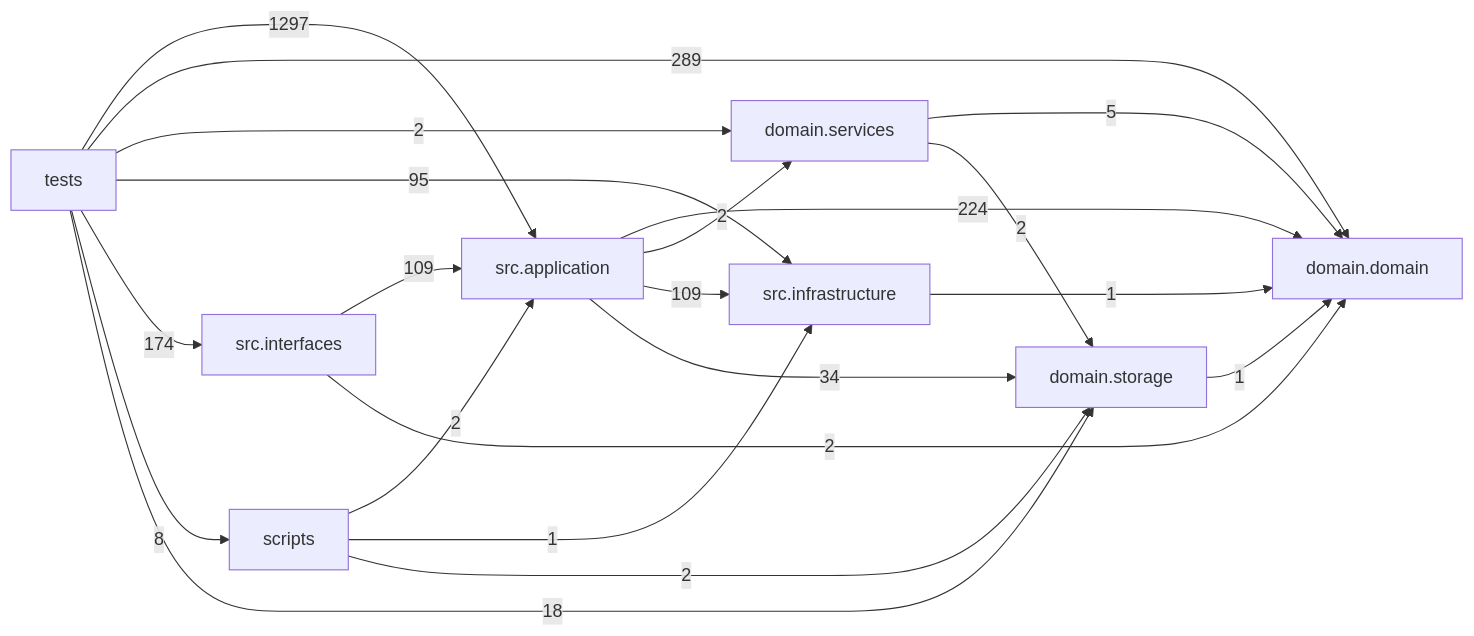
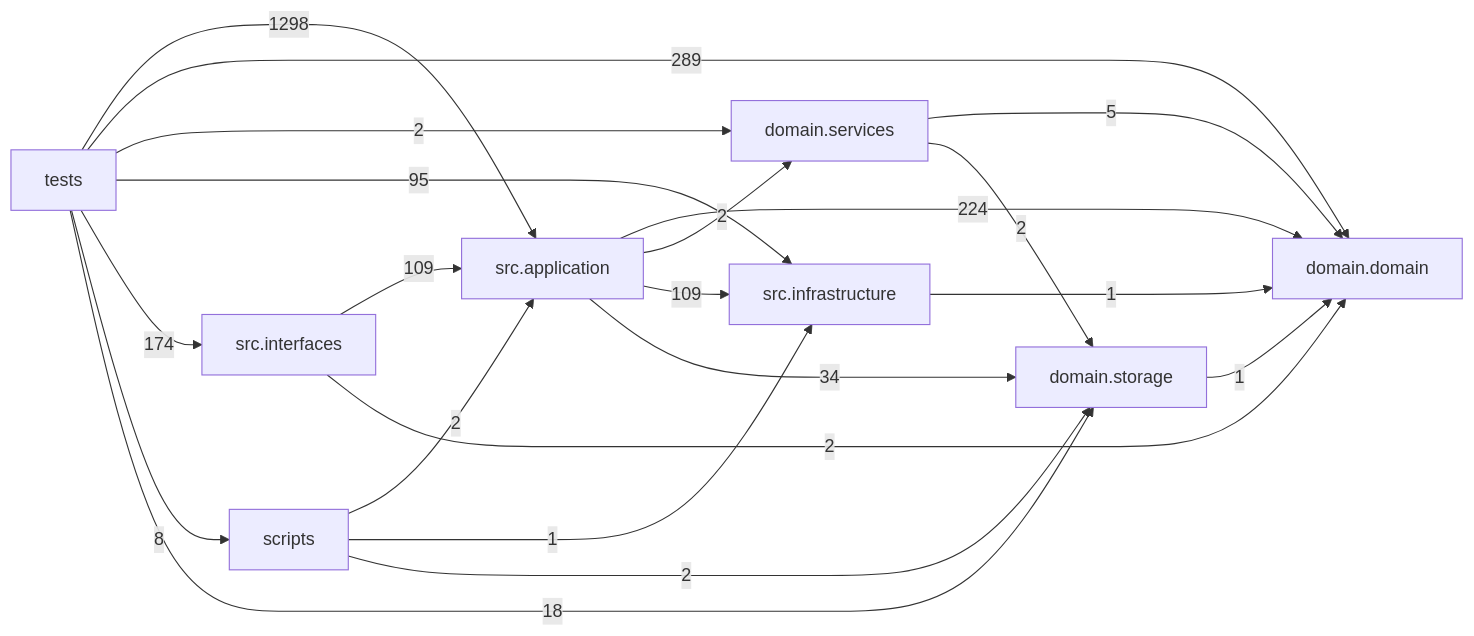
One commit to liuxie066/options-monitor changed the diagram in docs/DEPENDENCY_GRAPH.md. Above: the diagram before and after it, drawn with Mermaid. The commit also changed other lines of this file and 8 other files, not shown here.

````diff
--- a/docs/DEPENDENCY_GRAPH.md
+++ b/docs/DEPENDENCY_GRAPH.md
@@ -24,31 +24,31 @@
 ```mermaid
 flowchart LR
   tests["tests"]
   scripts["scripts"]
   interfaces["src.interfaces"]
   application["src.application"]
   infrastructure["src.infrastructure"]
   domain_services["domain.services"]
   domain["domain.domain"]
   storage["domain.storage"]
   application -->|224| domain
   application -->|2| domain_services
   application -->|109| infrastructure
   application -->|34| storage
   domain_services -->|5| domain
   domain_services -->|2| storage
   infrastructure -->|1| domain
   interfaces -->|109| application
   interfaces -->|2| domain
   scripts -->|2| application
   scripts -->|1| infrastructure
   scripts -->|2| storage
   storage -->|1| domain
-  tests -->|1297| application
+  tests -->|1298| application
   tests -->|289| domain
   tests -->|2| domain_services
   tests -->|95| infrastructure
   tests -->|174| interfaces
   tests -->|8| scripts
   tests -->|18| storage
 ```
````
